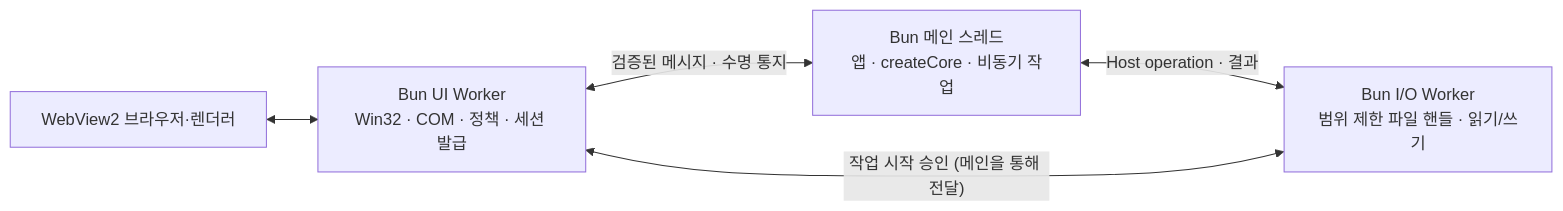
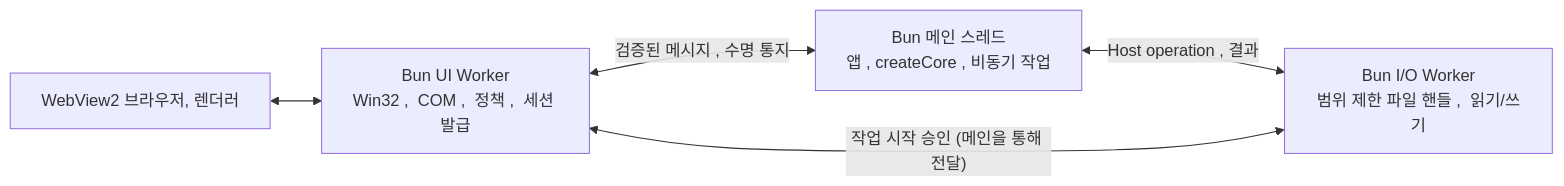
One commit to mathbook3948/bunaway changed the diagram in docs/decisions/0006-windows-bun-ui-worker.md. Above: the diagram before and after it, drawn with Mermaid. The commit also changed other lines of this file and 63 other files, not shown here.

````diff
--- a/docs/decisions/0006-windows-bun-ui-worker.md
+++ b/docs/decisions/0006-windows-bun-ui-worker.md
@@ -24,7 +24,7 @@
 ```mermaid
 flowchart LR
-  Web["WebView2 브라우저·렌더러"] <--> UI["Bun UI Worker\nWin32 · COM · 정책 · 세션 발급"]
-  UI <-->|"검증된 메시지 · 수명 통지"| Main["Bun 메인 스레드\n앱 · createCore · 비동기 작업"]
-  Main <-->|"Host operation · 결과"| IO["Bun I/O Worker\n범위 제한 파일 핸들 · 읽기/쓰기"]
+  Web["WebView2 브라우저, 렌더러"] <--> UI["Bun UI Worker\nWin32 ,  COM ,  정책 ,  세션 발급"]
+  UI <-->|"검증된 메시지 ,  수명 통지"| Main["Bun 메인 스레드\n앱 ,  createCore ,  비동기 작업"]
+  Main <-->|"Host operation ,  결과"| IO["Bun I/O Worker\n범위 제한 파일 핸들 ,  읽기/쓰기"]
   IO <-->|"작업 시작 승인 (메인을 통해 전달)"| UI
 ```
````
